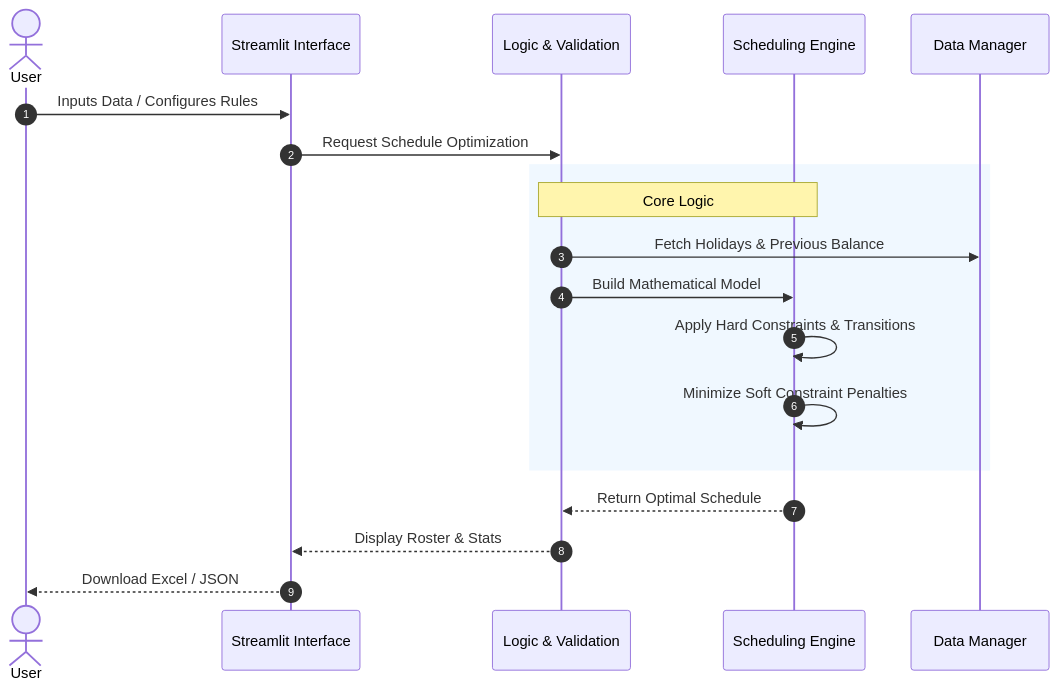
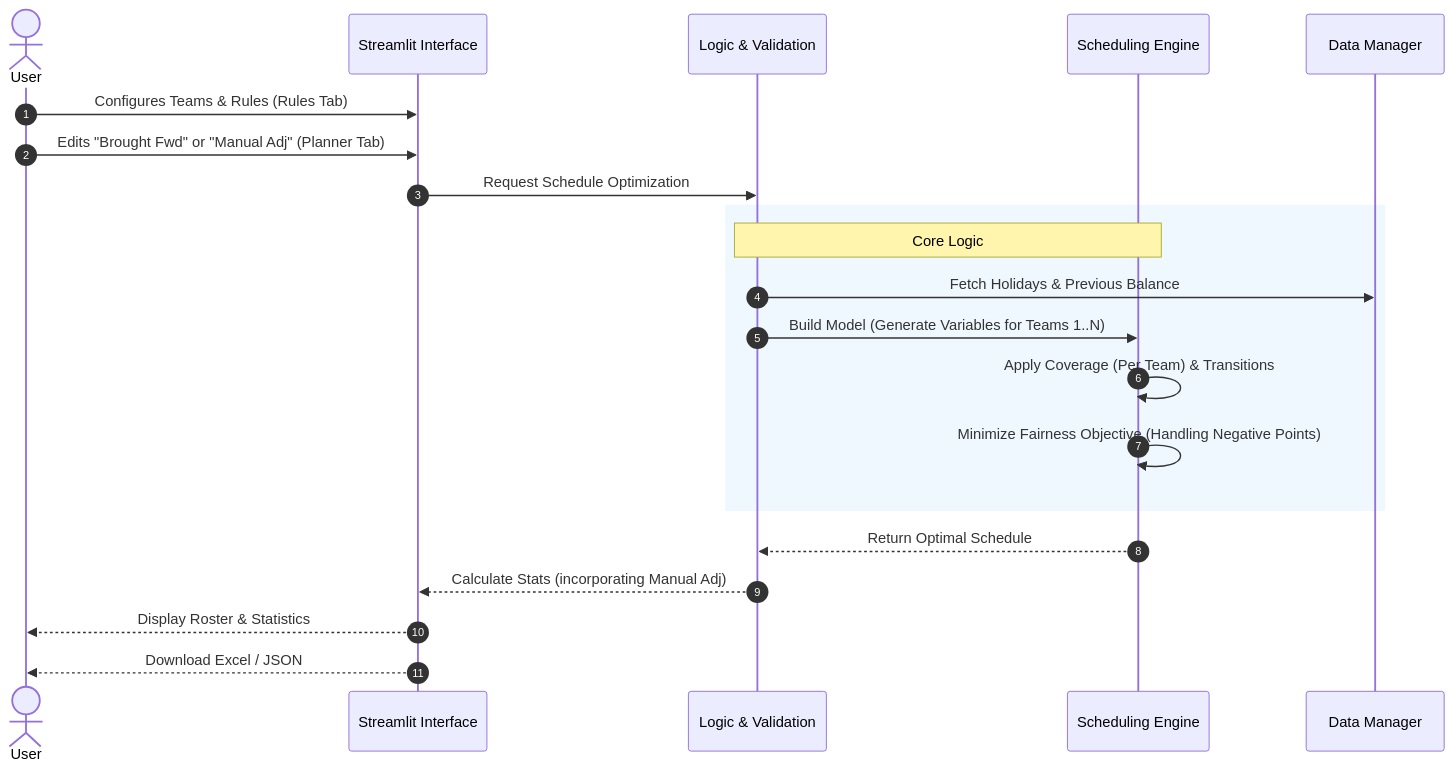
One commit to genes3e7/Duty-Planner changed the diagram in README.md. Above: the diagram before and after it, drawn with Mermaid. The commit also changed other lines of this file, not shown here.

First line of the commit message:
Update README with multi-team logic and manual adjustments (#22)

````diff
--- a/README.md
+++ b/README.md
@@ -54,24 +63,26 @@
 ```mermaid
 sequenceDiagram
     autonumber
     actor User
     participant UI as Streamlit Interface
     participant Controller as Logic & Validation
     participant Solver as Scheduling Engine
     participant Data as Data Manager
 
-    User->>UI: Inputs Data / Configures Rules
+    User->>UI: Configures Teams & Rules (Rules Tab)
+    User->>UI: Edits "Brought Fwd" or "Manual Adj" (Planner Tab)
     UI->>Controller: Request Schedule Optimization
     
     rect rgb(240, 248, 255)
         Note over Controller, Solver: Core Logic
         Controller->>Data: Fetch Holidays & Previous Balance
-        Controller->>Solver: Build Mathematical Model
-        Solver->>Solver: Apply Hard Constraints & Transitions
-        Solver->>Solver: Minimize Soft Constraint Penalties
+        Controller->>Solver: Build Model (Generate Variables for Teams 1..N)
+        Solver->>Solver: Apply Coverage (Per Team) & Transitions
+        Solver->>Solver: Minimize Fairness Objective (Handling Negative Points)
     end
 
     Solver-->>Controller: Return Optimal Schedule
-    Controller-->>UI: Display Roster & Stats
+    Controller-->>UI: Calculate Stats (incorporating Manual Adj)
+    UI-->>User: Display Roster & Statistics
     UI-->>User: Download Excel / JSON
 ```
````
